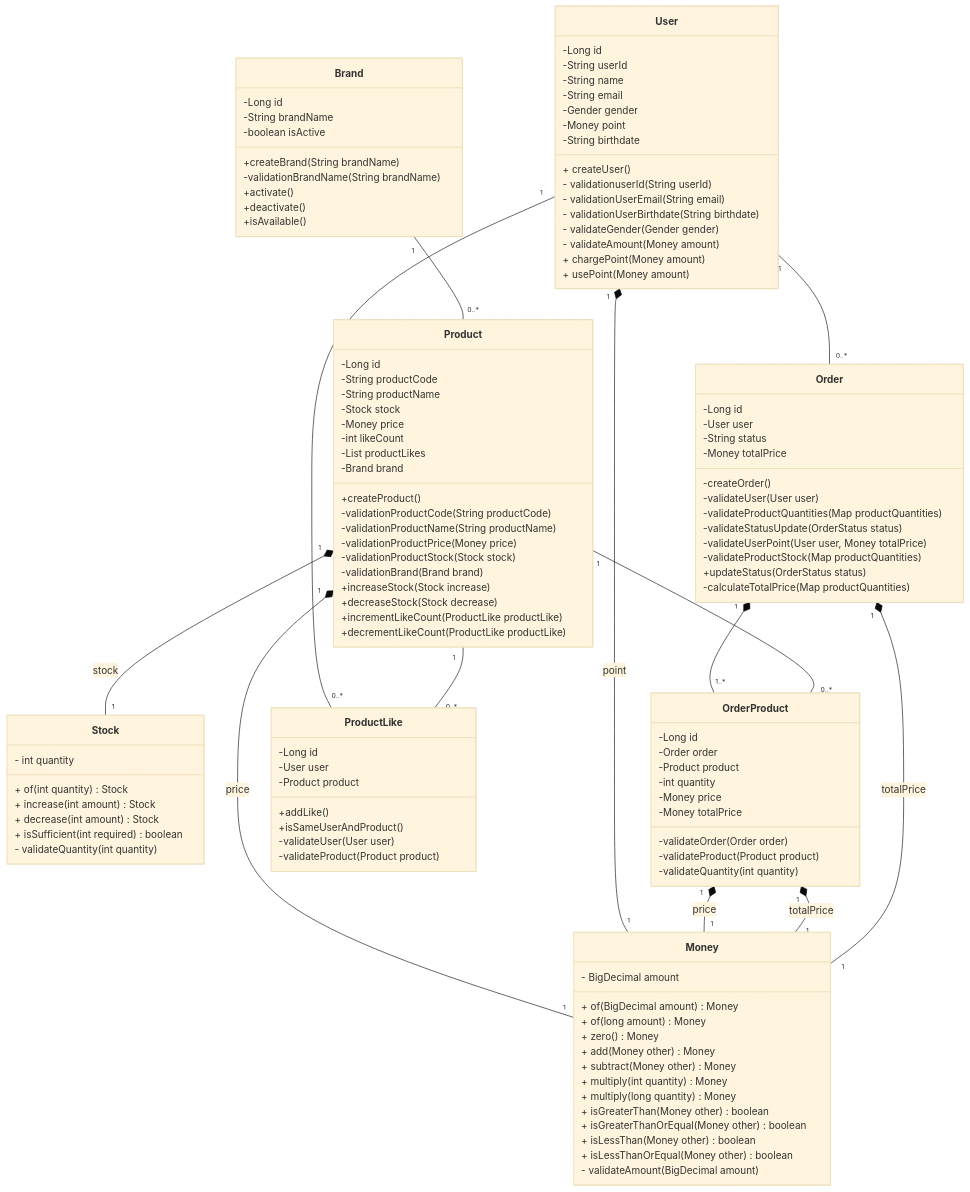
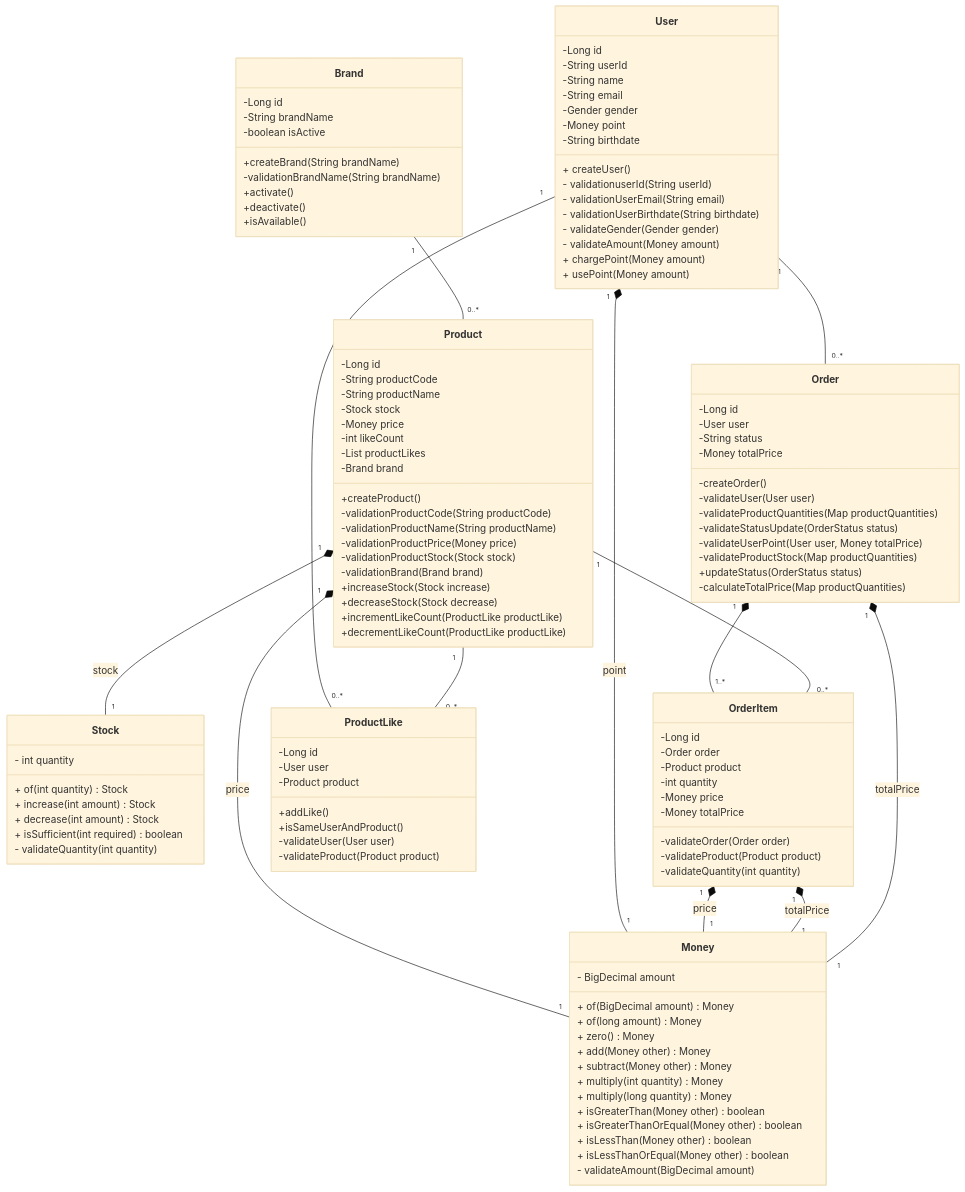
One commit to Loopers-dev-lab/loopers-spring-java-template changed the diagram in docs/week2/03-class-diagram.md. Above: the diagram before and after it, drawn with Mermaid (base theme). The commit also changed other lines of this file and 10 other files, not shown here.

First line of the commit message:
feat: orderItem 조회 기능 추가

````diff
--- a/docs/week2/03-class-diagram.md
+++ b/docs/week2/03-class-diagram.md
@@ -78,7 +78,7 @@
         +decrementLikeCount(ProductLike productLike)
     }
 
-    class OrderProduct {
+    class OrderItem {
         -Long id
         -Order order
         -Product product
@@ -117,16 +117,16 @@
 
     User "1" -- "0..*" Order : 
     User "1" -- "0..*" ProductLike : 
-    Order "1" *-- "1..*" OrderProduct : 
-    Product "1" -- "0..*" OrderProduct : 
+    Order "1" *-- "1..*" OrderItem : 
+    Product "1" -- "0..*" OrderItem : 
     Product "1" -- "0..*" ProductLike : 
     Brand "1" -- "0..*" Product : 
     
     Product "1" *-- "1" Money : price
     Product "1" *-- "1" Stock : stock
     User "1" *-- "1" Money : point
-    OrderProduct "1" *-- "1" Money : price
-    OrderProduct "1" *-- "1" Money : totalPrice
+    OrderItem "1" *-- "1" Money : price
+    OrderItem "1" *-- "1" Money : totalPrice
     Order "1" *-- "1" Money : totalPrice
 
 ```
````
